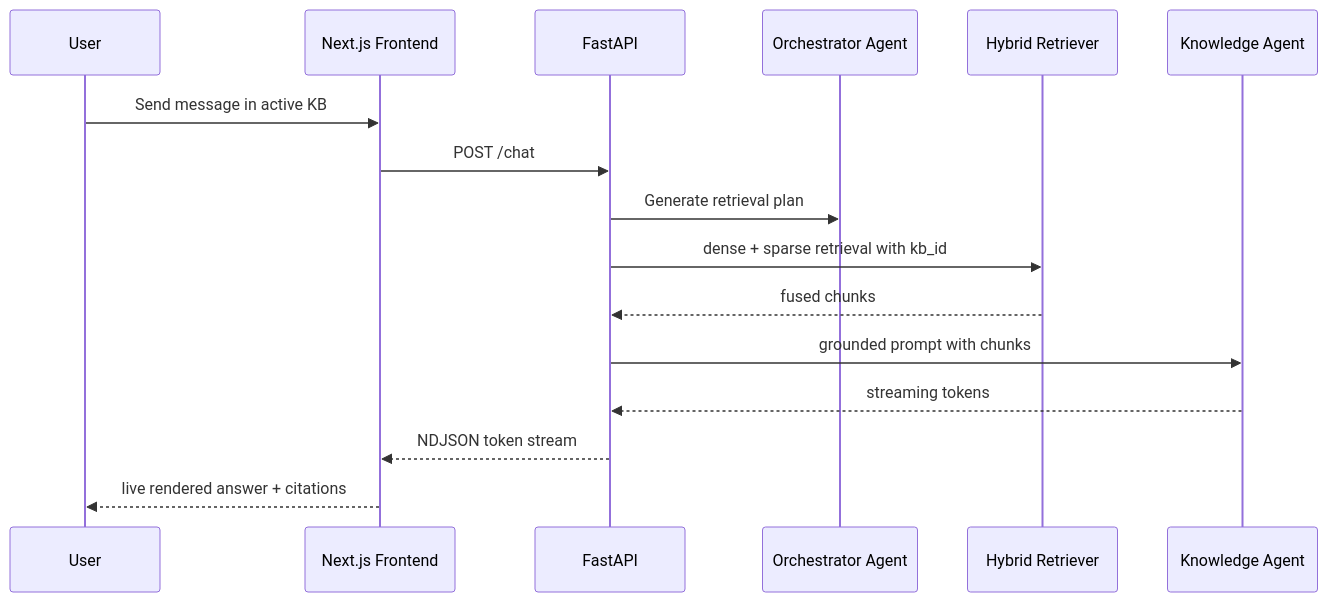
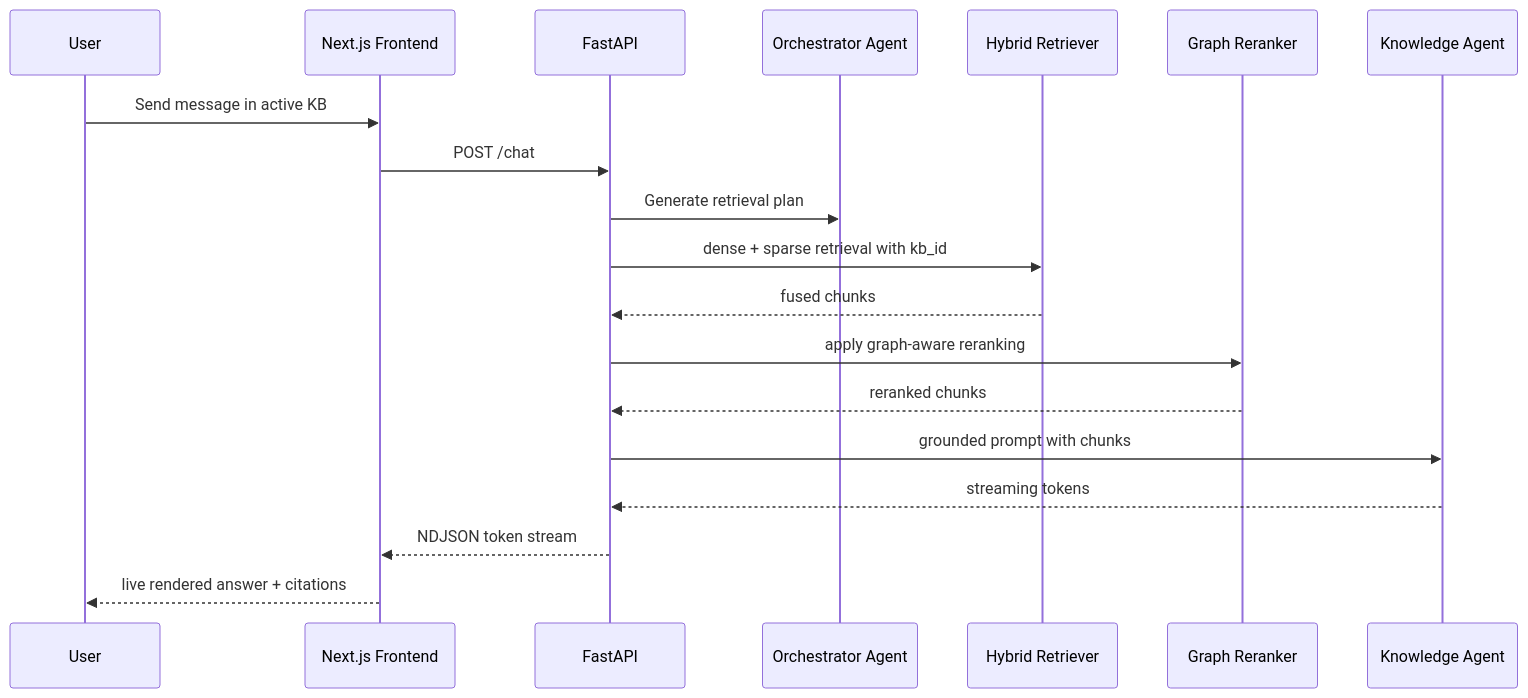
One commit to jumping2000/nanoRAG changed the second of 2 diagrams in docs/architecture.md. Above: the diagram before and after it, drawn with Mermaid. The commit also changed other lines of this file and 39 other files, not shown here.

Commit message:
nanoRAG: 17/05/2026 Minimal graph-aware reranking step after dense + BM25 + RRF.

````diff
--- a/docs/architecture.md
+++ b/docs/architecture.md
@@ -42,19 +44,22 @@
 ```mermaid
 sequenceDiagram
     participant U as User
     participant FE as Next.js Frontend
     participant API as FastAPI
     participant OR as Orchestrator Agent
     participant HR as Hybrid Retriever
+    participant GR as Graph Reranker
     participant KA as Knowledge Agent
 
     U->>FE: Send message in active KB
     FE->>API: POST /chat
     API->>OR: Generate retrieval plan
     API->>HR: dense + sparse retrieval with kb_id
     HR-->>API: fused chunks
+    API->>GR: apply graph-aware reranking
+    GR-->>API: reranked chunks
     API->>KA: grounded prompt with chunks
     KA-->>API: streaming tokens
     API-->>FE: NDJSON token stream
     FE-->>U: live rendered answer + citations
 ```
````
